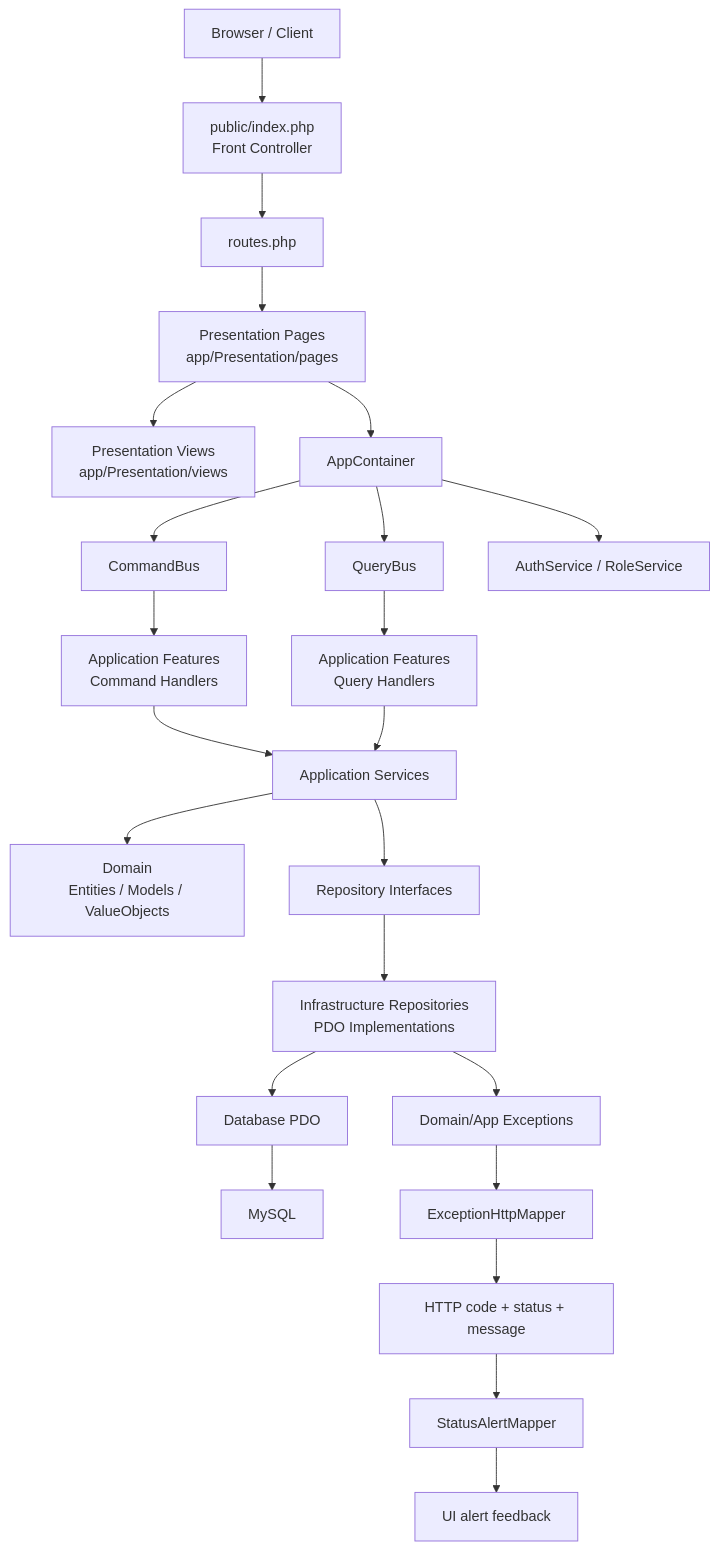
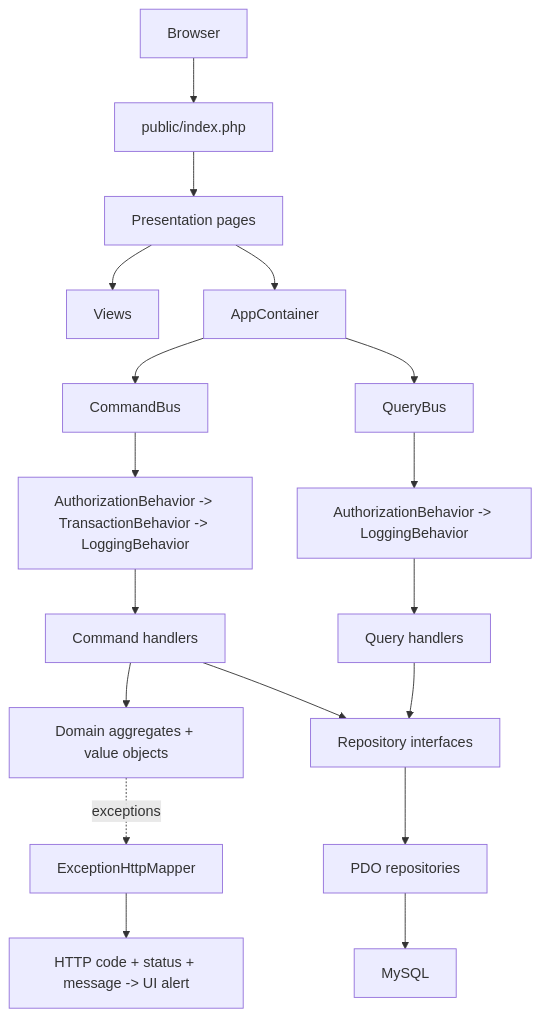
The diagram in README.md (Aureo-Bueno/job-vault), drawn with Mermaid before and after one commit. The commit also changed other lines of this file, not shown here.

Commit message:
docs: document new architecture and docker rebuild commands

````diff
--- a/README.md
+++ b/README.md
@@ -29,29 +42,20 @@
 ```mermaid
 flowchart TD
-    A[Browser / Client] --> B[public/index.php<br/>Front Controller]
-    B --> C[routes.php]
-    C --> D[Presentation Pages<br/>app/Presentation/pages]
-    D --> E[Presentation Views<br/>app/Presentation/views]
+    A[Browser] --> B[public/index.php]
+    B --> D[Presentation pages]
+    D --> E[Views]
     D --> F[AppContainer]
-
     F --> G[CommandBus]
     F --> H[QueryBus]
-    F --> I[AuthService / RoleService]
-
-    G --> J[Application Features<br/>Command Handlers]
-    H --> K[Application Features<br/>Query Handlers]
-
-    J --> L[Application Services]
-    K --> L
-
-    L --> M[Domain<br/>Entities / Models / ValueObjects]
-    L --> N[Repository Interfaces]
-    N --> O[Infrastructure Repositories<br/>PDO Implementations]
-    O --> P[Database PDO]
-    P --> Q[MySQL]
-    O --> R[Domain/App Exceptions]
-    R --> S[ExceptionHttpMapper]
-    S --> T[HTTP code + status + message]
-    T --> U[StatusAlertMapper]
-    U --> V[UI alert feedback]
+    G --> X[AuthorizationBehavior -> TransactionBehavior -> LoggingBehavior]
+    H --> Y[AuthorizationBehavior -> LoggingBehavior]
+    X --> J[Command handlers]
+    Y --> K[Query handlers]
+    J --> M[Domain aggregates + value objects]
+    J --> N[Repository interfaces]
+    K --> N
+    N --> O[PDO repositories]
+    O --> Q[MySQL]
+    M -. exceptions .-> S[ExceptionHttpMapper]
+    S --> U[HTTP code + status + message -> UI alert]
 ```
````
